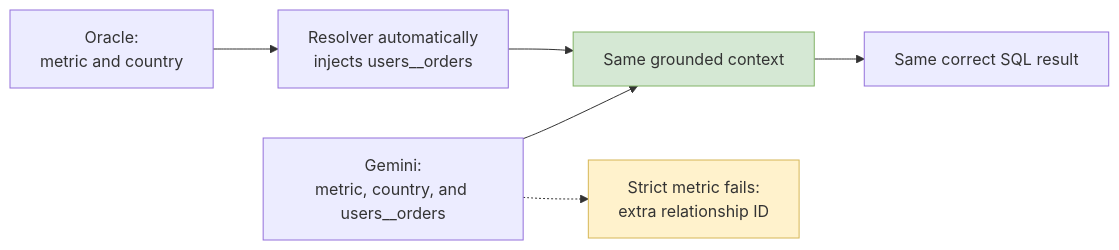
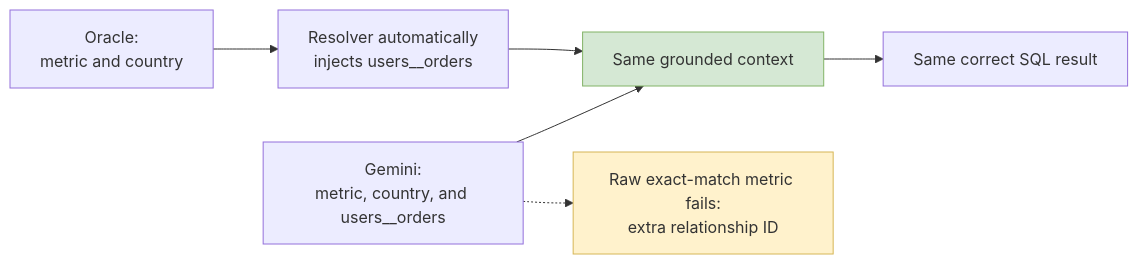
One commit to johanesalxd/random-stuff changed the fifth of 6 diagrams in bq_caapi_ge/advanced/app/semantic_analytics/evals/ADK_FLOW.md. Above: the diagram before and after it, drawn with Mermaid. The commit also changed other lines of this file and 2 other files, not shown here.

Commit message:
docs: Clarify semantic evaluation flow

````diff
--- a/bq_caapi_ge/advanced/app/semantic_analytics/evals/ADK_FLOW.md
+++ b/bq_caapi_ge/advanced/app/semantic_analytics/evals/ADK_FLOW.md
@@ -164,12 +294,12 @@
 ```mermaid
 flowchart LR
     ORACLE["Oracle:<br/>metric and country"] --> AUTO["Resolver automatically<br/>injects users__orders"]
     GEMINI["Gemini:<br/>metric, country, and users__orders"] --> SAME[Same grounded context]
     AUTO --> SAME
     SAME --> SQL[Same correct SQL result]
 
-    GEMINI -.-> STRICT["Strict metric fails:<br/>extra relationship ID"]
+    GEMINI -.-> STRICT["Raw exact-match metric fails:<br/>extra relationship ID"]
 
     style SAME fill:#d5e8d4,stroke:#82b366
     style STRICT fill:#fff2cc,stroke:#d6b656
 ```
````
